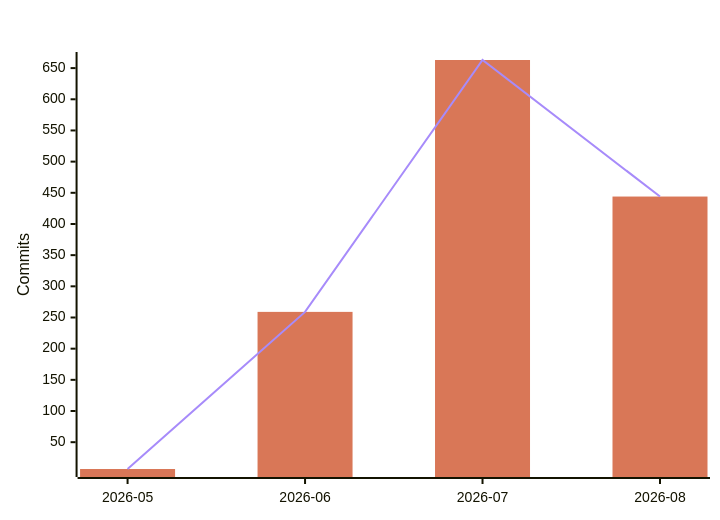
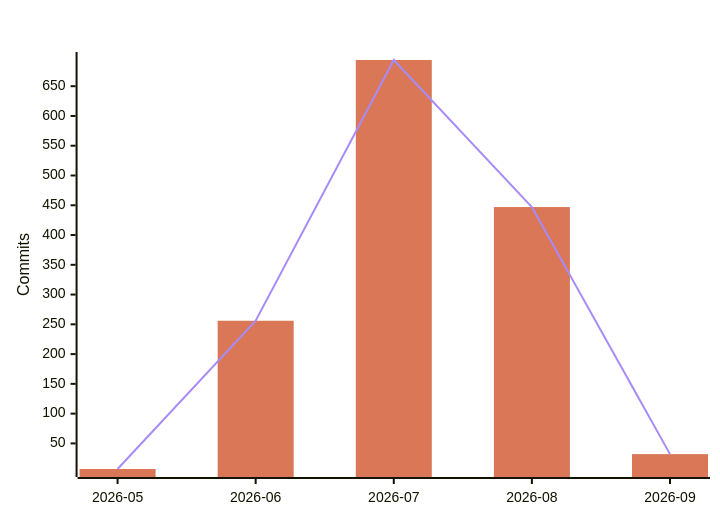
The fourth of 7 diagrams in README.md (polo-nyan/polo-nyan), drawn with Mermaid before and after one commit. The commit also changed other lines of this file and 1 other file, not shown here.

````diff
--- a/README.md
+++ b/README.md
@@ -294,9 +294,9 @@
 ```mermaid
 %%{init: {"xyChart": {"titleColor": "#ffffff", "xAxisLabelColor": "#ffffff", "yAxisLabelColor": "#ffffff"}, "themeVariables": {"xyChart": {"titleColor": "#ffffff", "plotColorPalette": "#d97757, #a78bfa"}}}}%%
 xychart-beta
     title "AI-Assisted Commits Per Month"
-    x-axis ["2026-05", "2026-06", "2026-07", "2026-08"]
+    x-axis ["2026-05", "2026-06", "2026-07", "2026-08", "2026-09"]
     y-axis "Commits"
-    bar [7, 259, 663, 444]
-    line [7, 259, 663, 444]
+    bar [7, 256, 694, 447, 32]
+    line [7, 256, 694, 447, 32]
 ```
````
